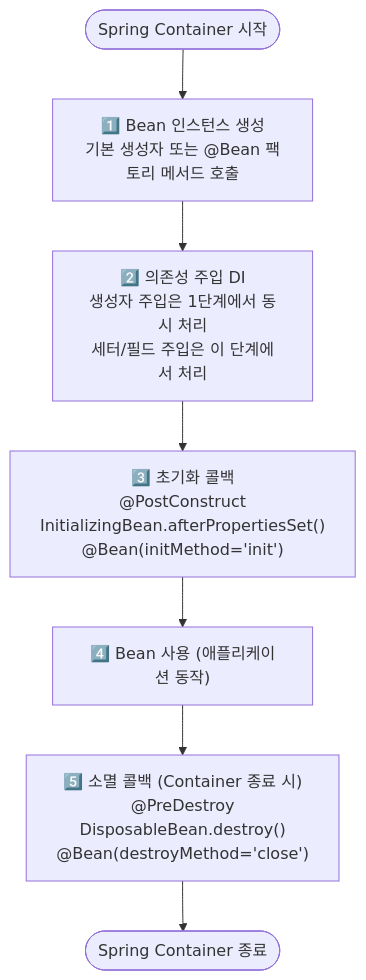
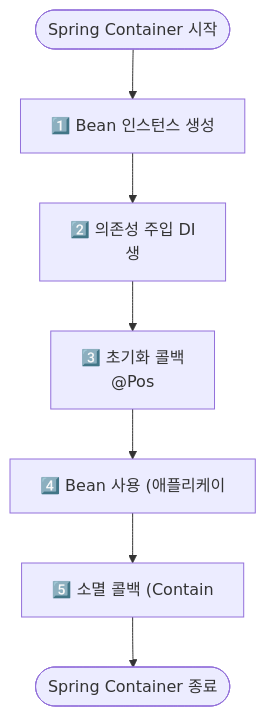
One commit to yjkim2015/yjkim2015.github.io changed the third of 7 diagrams in _posts/spring/2026-05-01-spring-ioc-di.md. Above: the diagram before and after it, drawn with Mermaid. The commit also changed other lines of this file and 271 other files, not shown here.

First line of the commit message:
Mermaid 라벨 축소: 긴 노드 텍스트 18자 이하로 트림 + \n 제거

````diff
--- a/_posts/spring/2026-05-01-spring-ioc-di.md
+++ b/_posts/spring/2026-05-01-spring-ioc-di.md
@@ -133,10 +133,10 @@
 ```mermaid
 graph TD
     S([Spring Container 시작]) --> A
-    A["1️⃣ Bean 인스턴스 생성<br>기본 생성자 또는 @Bean 팩토리 메서드 호출"]
-    A --> B["2️⃣ 의존성 주입 DI<br>생성자 주입은 1단계에서 동시 처리<br>세터/필드 주입은 이 단계에서 처리"]
-    B --> C["3️⃣ 초기화 콜백<br>@PostConstruct<br>InitializingBean.afterPropertiesSet()<br>@Bean(initMethod='init')"]
-    C --> D["4️⃣ Bean 사용 (애플리케이션 동작)"]
-    D --> E["5️⃣ 소멸 콜백 (Container 종료 시)<br>@PreDestroy<br>DisposableBean.destroy()<br>@Bean(destroyMethod='close')"]
+    A["1️⃣ Bean 인스턴스 생성<b"]
+    A --> B["2️⃣ 의존성 주입 DI<br>생"]
+    B --> C["3️⃣ 초기화 콜백<br>@Pos"]
+    C --> D["4️⃣ Bean 사용 (애플리케이"]
+    D --> E["5️⃣ 소멸 콜백 (Contain"]
     E --> END([Spring Container 종료])
 ```
````
